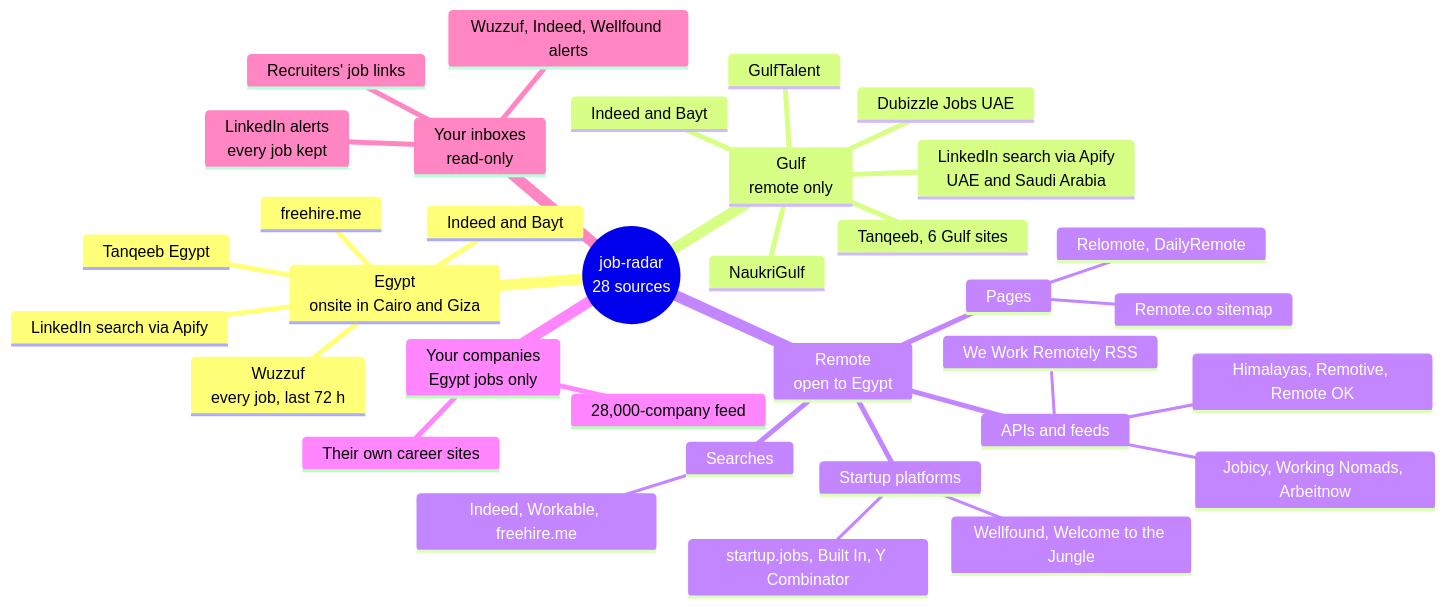
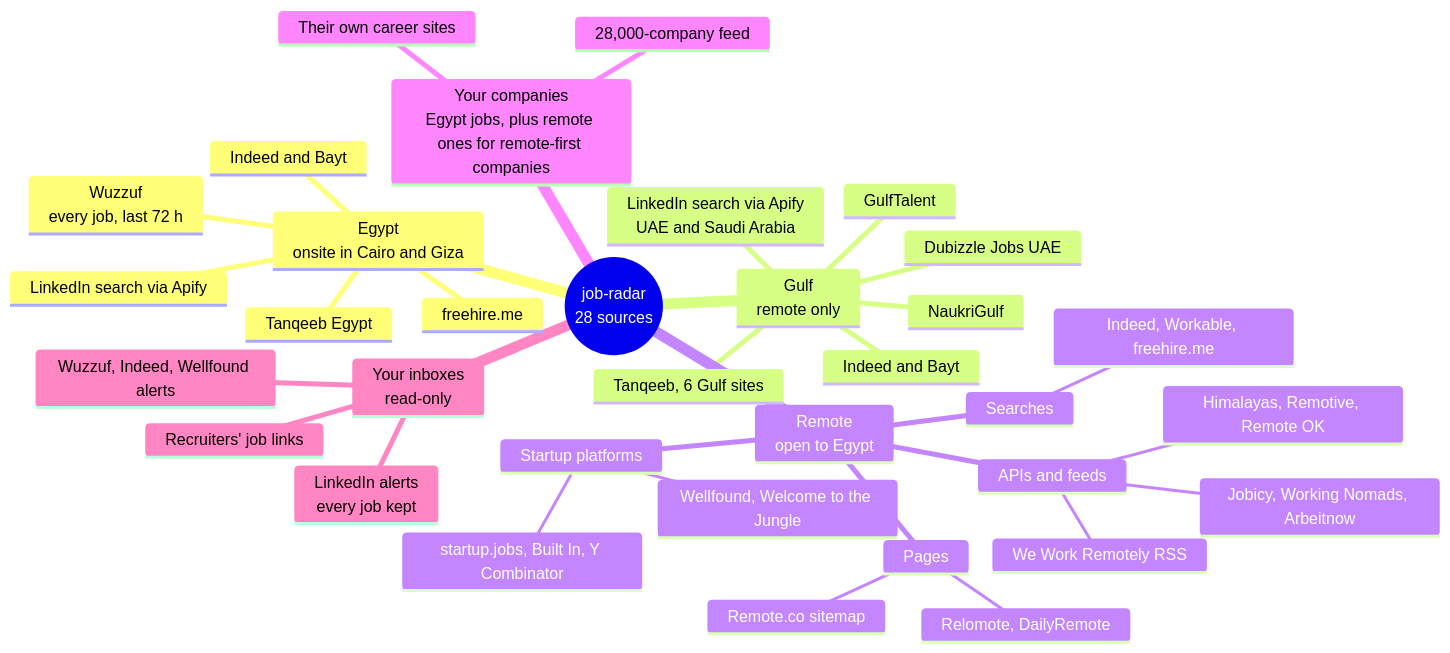
One commit to omarshalabyy1/job-radar changed the second of 5 diagrams in docs/architecture.md. Above: the diagram before and after it, drawn with Mermaid. The commit also changed 4 other files, not shown here.

First line of the commit message:
Companies: 82 new employers (Egypt and remote-first), each with where it was found and what its board showed

````diff
--- a/docs/architecture.md
+++ b/docs/architecture.md
@@ -47,39 +47,39 @@
 ```mermaid
 %% mindmap: where every job comes from, grouped by Omar's place rule
 %% Egypt (onsite or hybrid in Cairo and Giza) | Gulf (remote only) | Remote (open to Egypt) | your companies | your inboxes
 mindmap
   root((job-radar<br>28 sources))
     Egypt<br>onsite in Cairo and Giza
       Wuzzuf<br>every job, last 72 h
       Tanqeeb Egypt
       Indeed and Bayt
       freehire.me
       LinkedIn search via Apify
     Gulf<br>remote only
       NaukriGulf
       GulfTalent
       Dubizzle Jobs UAE
       Tanqeeb, 6 Gulf sites
       Indeed and Bayt
       LinkedIn search via Apify<br>UAE and Saudi Arabia
     Remote<br>open to Egypt
       APIs and feeds
         Himalayas, Remotive, Remote OK
         Jobicy, Working Nomads, Arbeitnow
         We Work Remotely RSS
       Pages
         Relomote, DailyRemote
         Remote.co sitemap
       Searches
         Indeed, Workable, freehire.me
       Startup platforms
         Wellfound, Welcome to the Jungle
         startup.jobs, Built In, Y Combinator
-    Your companies<br>Egypt jobs only
+    Your companies<br>Egypt jobs, plus remote ones for remote-first companies
       Their own career sites
       28,000-company feed
     Your inboxes<br>read-only
       LinkedIn alerts<br>every job kept
       Wuzzuf, Indeed, Wellfound alerts
       Recruiters' job links
 ```
````
